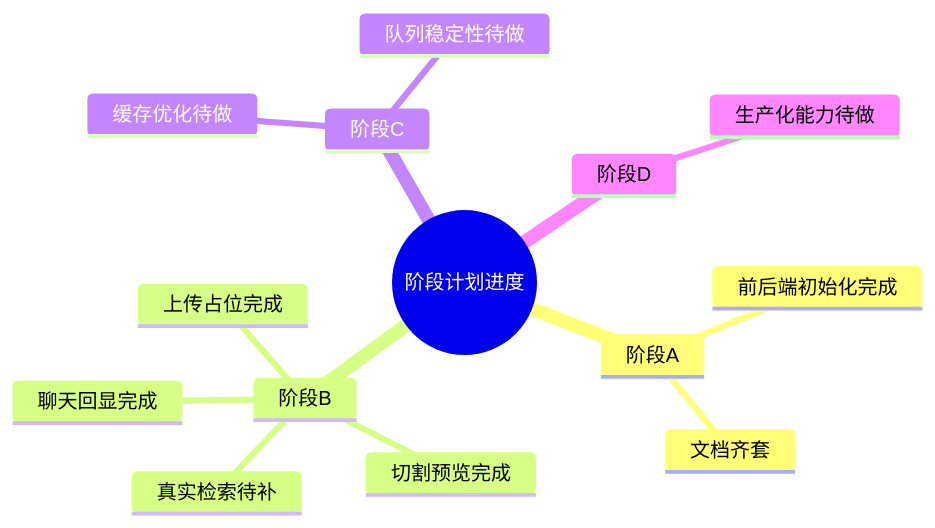
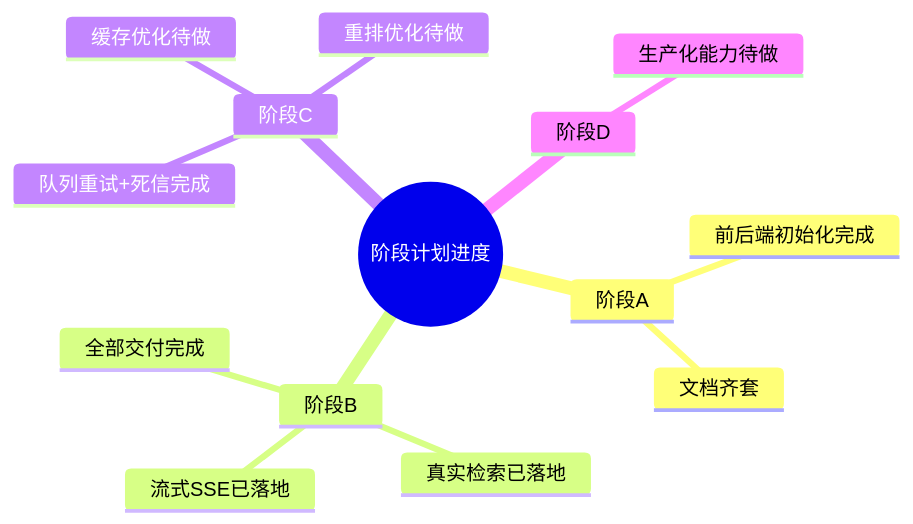
The diagram in docs/roadmap/阶段计划.md (ley-Ning/rag-demo), drawn with Mermaid before and after one commit. The commit also changed other lines of this file and 13 other files, not shown here.

````diff
--- a/docs/roadmap/阶段计划.md
+++ b/docs/roadmap/阶段计划.md
@@ -68,17 +68,17 @@
 ```mermaid
 mindmap
   root((阶段计划进度))
     阶段A
       前后端初始化完成
       文档齐套
     阶段B
-      上传占位完成
-      切割预览完成
-      聊天回显完成
-      真实检索待补
+      全部交付完成
+      真实检索已落地
+      流式SSE已落地
     阶段C
+      队列重试+死信完成
       缓存优化待做
-      队列稳定性待做
+      重排优化待做
     阶段D
       生产化能力待做
 ```
````
